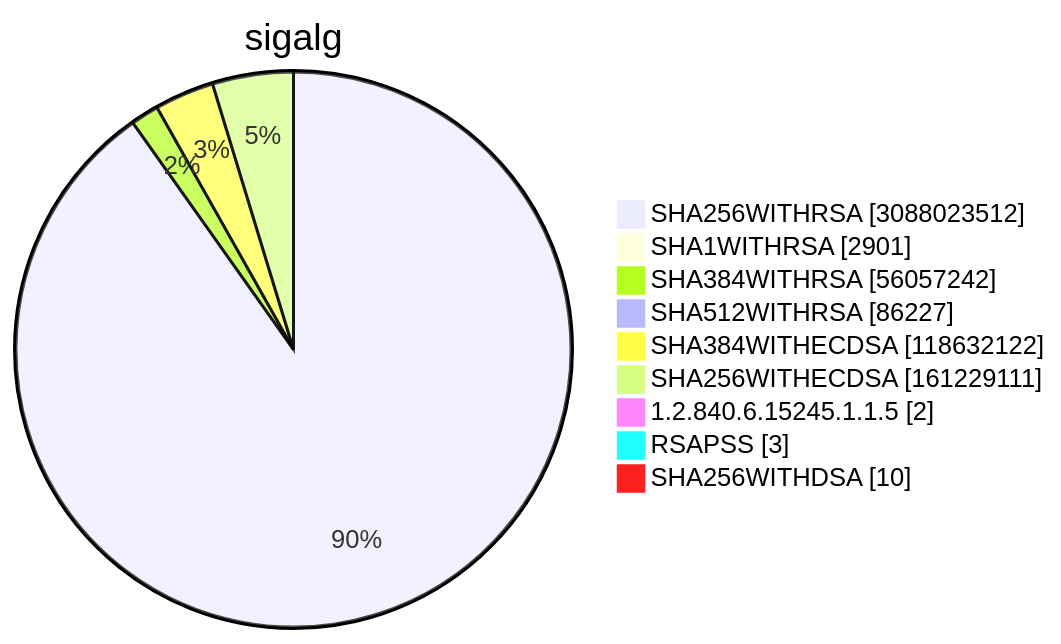
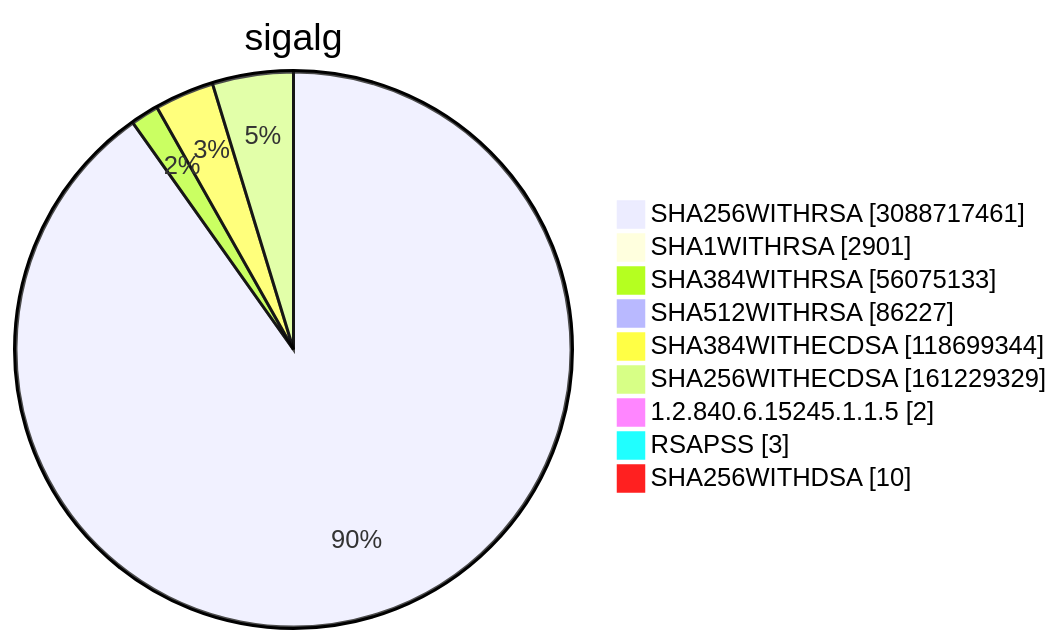
Before and after one commit to christiankrug/ctmonitor_visualization: diagram 15 of 15 in TOTAL/README.md, drawn with Mermaid. The commit also changed other lines of this file, not shown here.

````diff
--- a/TOTAL/README.md
+++ b/TOTAL/README.md
@@ -6211,13 +6211,13 @@
 ```mermaid
 pie showData
 title sigalg
-"SHA256WITHRSA" :3088023512
+"SHA256WITHRSA" :3088717461
 "SHA1WITHRSA" :2901
-"SHA384WITHRSA" :56057242
+"SHA384WITHRSA" :56075133
 "SHA512WITHRSA" :86227
-"SHA384WITHECDSA" :118632122
-"SHA256WITHECDSA" :161229111
+"SHA384WITHECDSA" :118699344
+"SHA256WITHECDSA" :161229329
 "1.2.840.6.15245.1.1.5" :2
 "RSAPSS" :3
 "SHA256WITHDSA" :10
 ```
````
